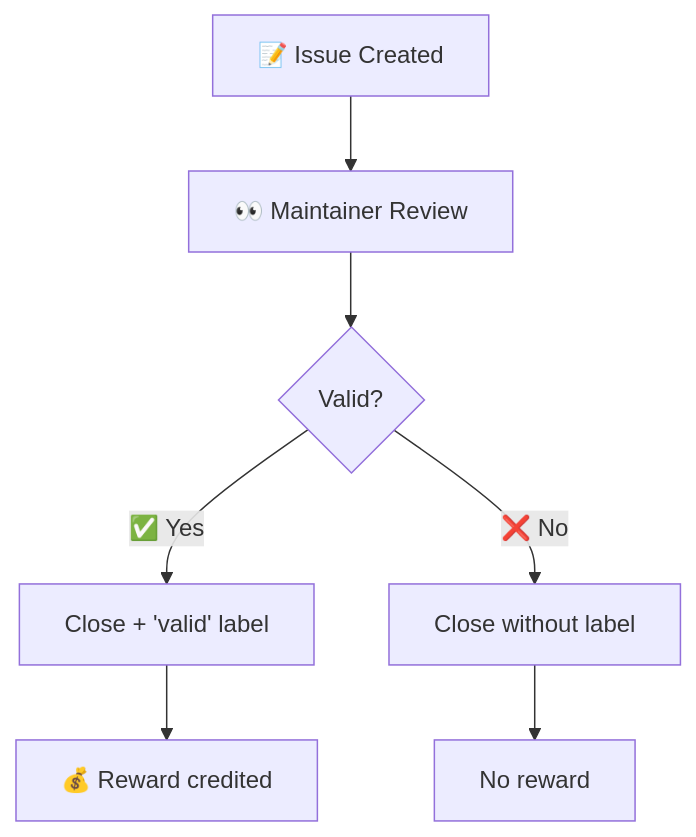
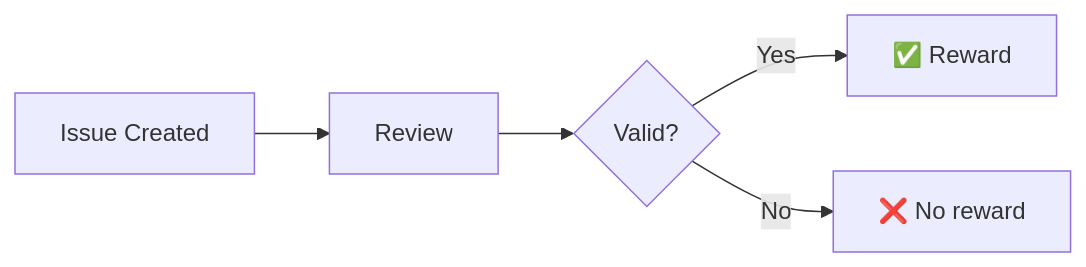
Before and after one commit to PlatformNetwork/bounty-challenge: the third of 4 diagrams in AGENTS.md, drawn with Mermaid. The commit also changed other lines of this file and 2 other files, not shown here.

Commit message:
docs: simplify Mermaid diagrams for better GitHub rendering

````diff
--- a/AGENTS.md
+++ b/AGENTS.md
@@ -185,9 +161,6 @@
 ```mermaid
-flowchart TD
-    A["📝 Issue Created"] --> B["👀 Maintainer Review"]
-    B --> C{Valid?}
-    C -->|"✅ Yes"| D["Close + 'valid' label"]
-    C -->|"❌ No"| E["Close without label"]
-    D --> F["💰 Reward credited"]
-    E --> G["No reward"]
+flowchart LR
+    A["Issue Created"] --> B["Review"] --> C{Valid?}
+    C -->|Yes| D["✅ Reward"]
+    C -->|No| E["❌ No reward"]
 ```
````
